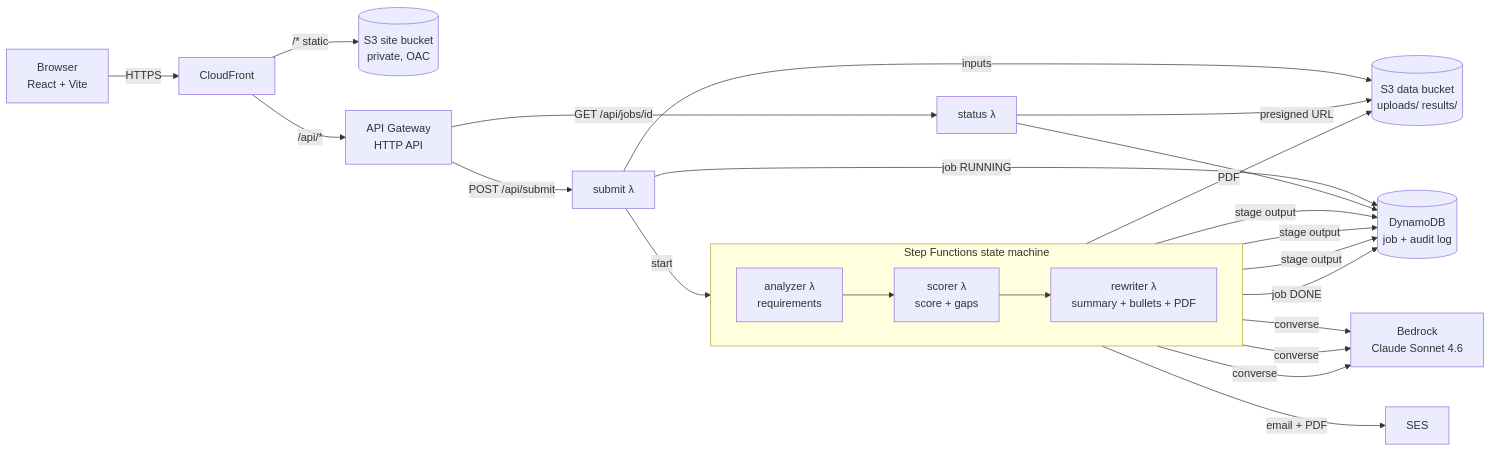
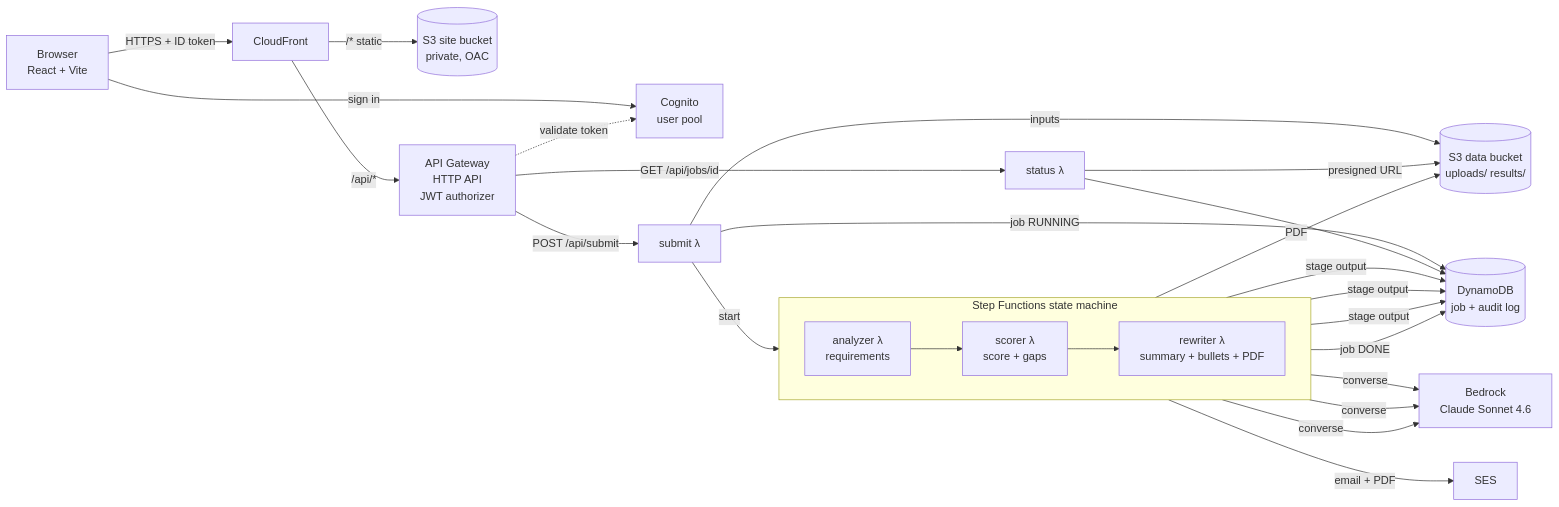
Before and after one commit to Chakravardhan-04/resume-tailor: the diagram in README.md, drawn with Mermaid. The commit also changed other lines of this file and 18 other files, not shown here.

Commit message:
feat(frontend): Cognito sign-in, sign-up and email confirmation; update README for authenticated flow

````diff
--- a/README.md
+++ b/README.md
@@ -9,24 +9,26 @@
 ```mermaid
 flowchart LR
-  U[Browser<br/>React + Vite] -->|HTTPS| CF[CloudFront]
+  U[Browser<br/>React + Vite] -->|sign in| COG[Cognito<br/>user pool]
+  U -->|HTTPS + ID token| CF[CloudFront]
   CF -->|/* static| S3W[(S3 site bucket<br/>private, OAC)]
-  CF -->|/api/*| APIGW[API Gateway<br/>HTTP API]
+  CF -->|/api/*| APIGW[API Gateway<br/>HTTP API<br/>JWT authorizer]
+  APIGW -.->|validate token| COG
   APIGW -->|POST /api/submit| SUB[submit λ]
   APIGW -->|GET /api/jobs/id| STA[status λ]
   SUB -->|inputs| S3D[(S3 data bucket<br/>uploads/ results/)]
   SUB -->|job RUNNING| DDB[(DynamoDB<br/>job + audit log)]
   SUB -->|start| SFN
 
   subgraph SFN[Step Functions state machine]
     direction LR
     A[analyzer λ<br/>requirements] --> B[scorer λ<br/>score + gaps] --> C[rewriter λ<br/>summary + bullets + PDF]
   end
 
   A & B & C -->|converse| BR[Bedrock<br/>Claude Sonnet 4.6]
   A & B & C -->|stage output| DDB
   C -->|PDF| S3D
   C -->|job DONE| DDB
   C -->|email + PDF| SES[SES]
   STA --> DDB
   STA -->|presigned URL| S3D
 ```
````
